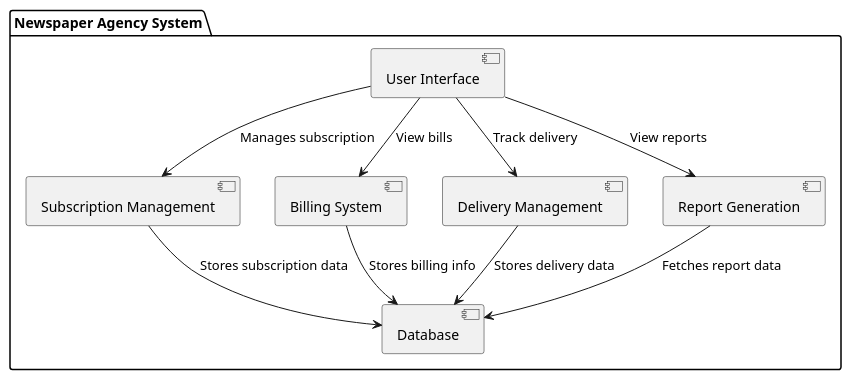
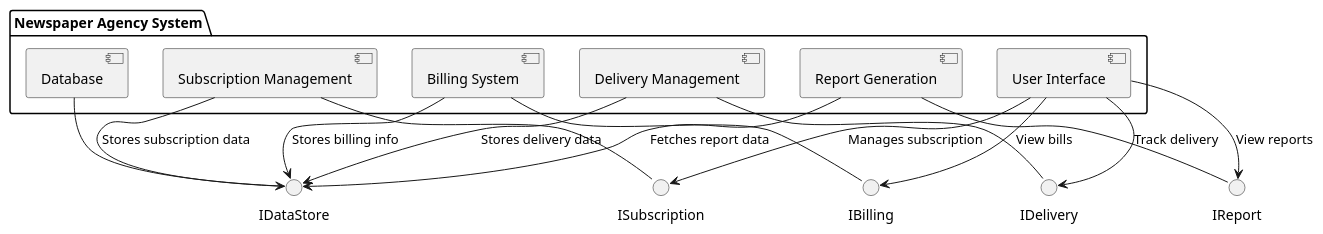
One commit to manaslaud/SWE changed the diagram in theory_da/component.puml. Above: the diagram before and after it, drawn with PlantUML. The commit also changed 1 other file, not shown here.

```diff
--- a/theory_da/component.puml
+++ b/theory_da/component.puml
@@ -1,21 +1,34 @@
 @startuml component
+
 package "Newspaper Agency System" {
     [User Interface] 
     [Subscription Management] 
     [Billing System]
     [Delivery Management]
     [Report Generation]
     [Database]
 }
 
-[User Interface] --> [Subscription Management] : Manages subscription
-[User Interface] --> [Billing System] : View bills
-[User Interface] --> [Delivery Management] : Track delivery
-[User Interface] --> [Report Generation] : View reports
+interface ISubscription
+interface IBilling
+interface IDelivery
+interface IReport
+interface IDataStore
 
-[Subscription Management] --> [Database] : Stores subscription data
-[Billing System] --> [Database] : Stores billing info
-[Delivery Management] --> [Database] : Stores delivery data
-[Report Generation] --> [Database] : Fetches report data
+[User Interface] --> ISubscription : Manages subscription
+[User Interface] --> IBilling : View bills
+[User Interface] --> IDelivery : Track delivery
+[User Interface] --> IReport : View reports
+
+ISubscription - [Subscription Management]
+IBilling - [Billing System]
+IDelivery - [Delivery Management]
+IReport - [Report Generation]
+IDataStore - [Database]
+
+[Subscription Management] --> IDataStore : Stores subscription data
+[Billing System] --> IDataStore : Stores billing info
+[Delivery Management] --> IDataStore : Stores delivery data
+[Report Generation] --> IDataStore : Fetches report data
 
 @enduml
```
